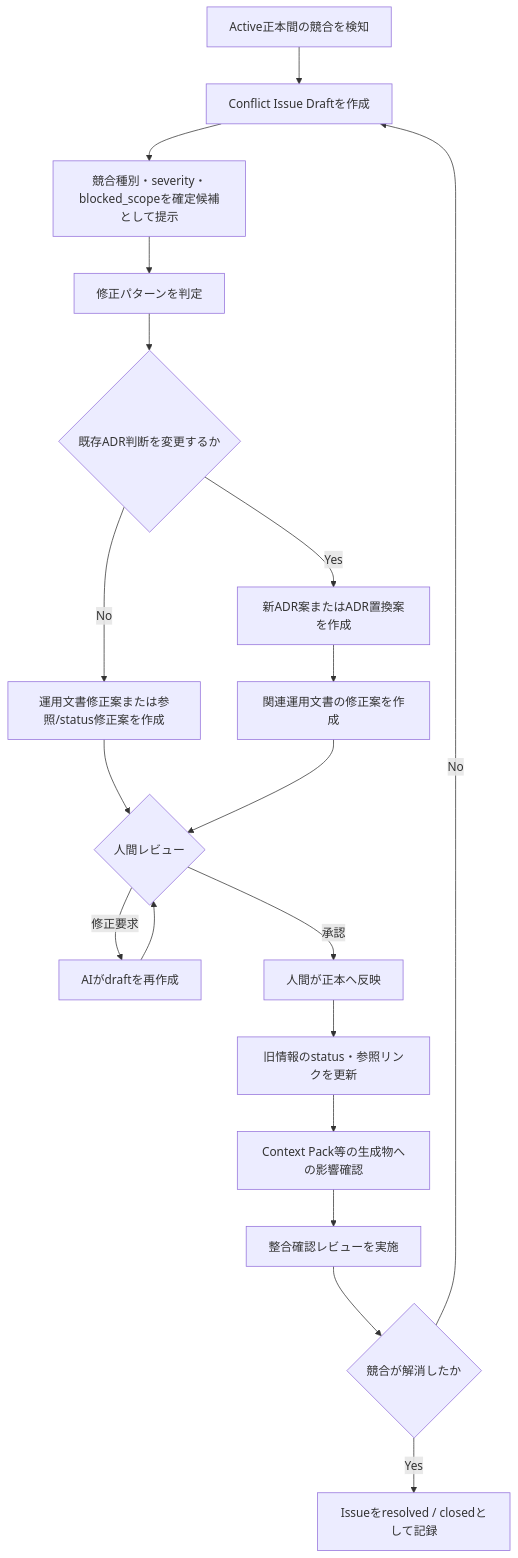
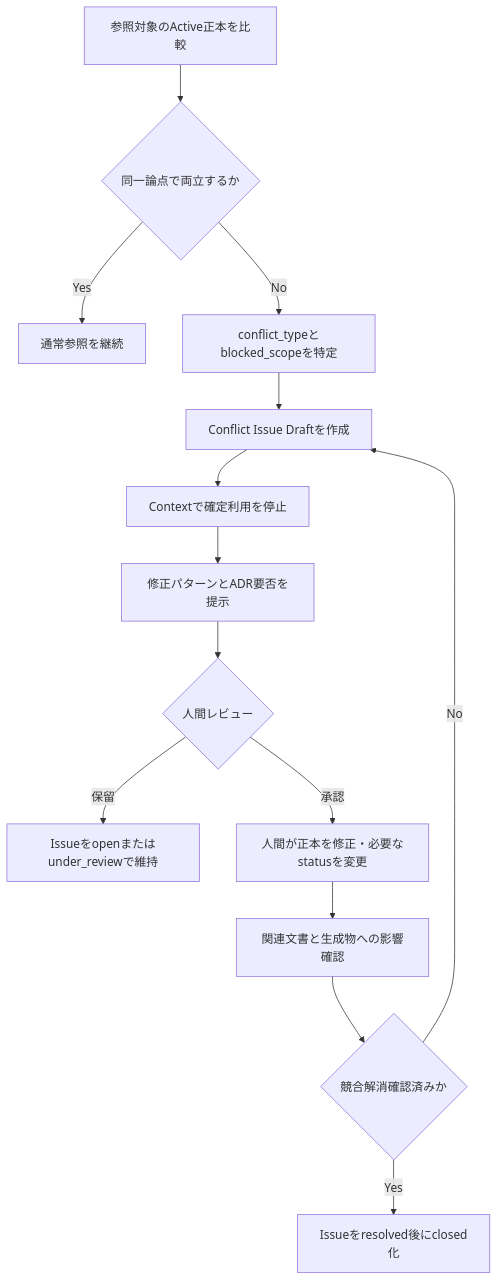
The diagram in docs/memory/context-source-priority.md (KJ-LEATHER-GAMES/Project_Mnemosyne), drawn with Mermaid before and after one commit. The commit also changed other lines of this file and 3 other files, not shown here.

````diff
--- a/docs/memory/context-source-priority.md
+++ b/docs/memory/context-source-priority.md
@@ -576,21 +358,16 @@
 ```mermaid
 flowchart TD
-    A[Active正本間の競合を検知] --> B[Conflict Issue Draftを作成]
-    B --> C[競合種別・severity・blocked_scopeを確定候補として提示]
-    C --> D[修正パターンを判定]
-    D --> E{既存ADR判断を変更するか}
-    E -- No --> F[運用文書修正案または参照/status修正案を作成]
-    E -- Yes --> G[新ADR案またはADR置換案を作成]
-    G --> H[関連運用文書の修正案を作成]
-    F --> I{人間レビュー}
-    H --> I
-    I -- 修正要求 --> J[AIがdraftを再作成]
-    J --> I
-    I -- 承認 --> K[人間が正本へ反映]
-    K --> L[旧情報のstatus・参照リンクを更新]
-    L --> M[Context Pack等の生成物への影響確認]
-    M --> N[整合確認レビューを実施]
-    N --> O{競合が解消したか}
-    O -- No --> B
-    O -- Yes --> P[Issueをresolved / closedとして記録]
+    A[参照対象のActive正本を比較] --> B{同一論点で両立するか}
+    B -- Yes --> C[通常参照を継続]
+    B -- No --> D[conflict_typeとblocked_scopeを特定]
+    D --> E[Conflict Issue Draftを作成]
+    E --> F[Contextで確定利用を停止]
+    F --> G[修正パターンとADR要否を提示]
+    G --> H{人間レビュー}
+    H -- 保留 --> I[Issueをopenまたはunder_reviewで維持]
+    H -- 承認 --> J[人間が正本を修正・必要なstatusを変更]
+    J --> K[関連文書と生成物への影響確認]
+    K --> L{競合解消確認済みか}
+    L -- No --> E
+    L -- Yes --> M[Issueをresolved後にclosed化]
 ```
````
